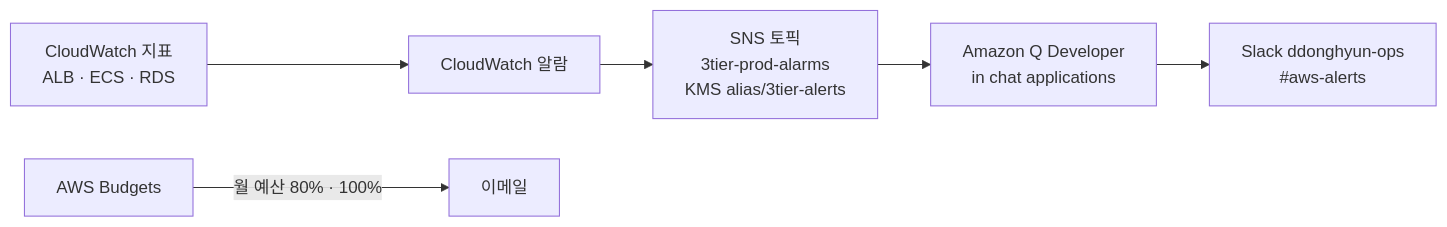
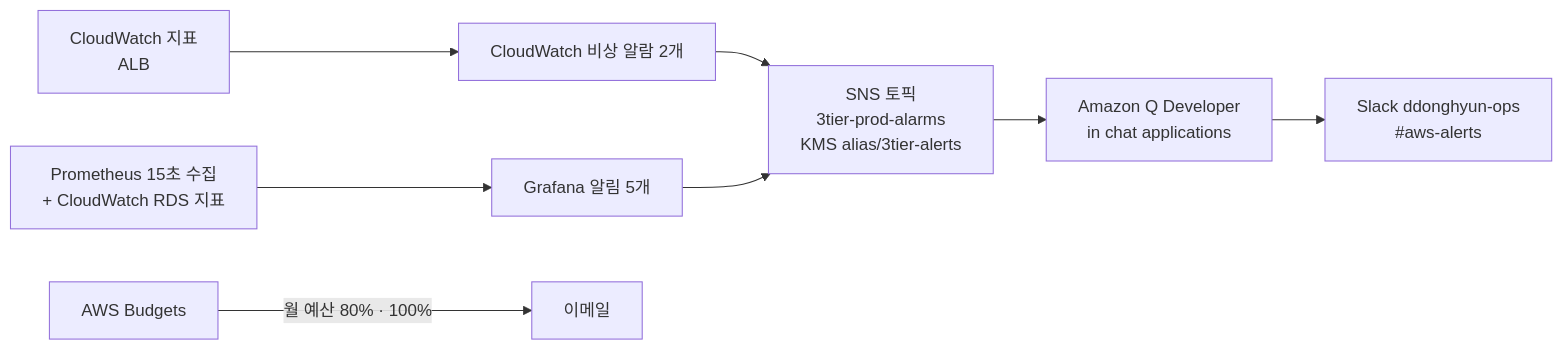
One commit to DDongHyun00/3-tier-terraform-ecs changed the fourth of 4 diagrams in docs/architecture.md. Above: the diagram before and after it, drawn with Mermaid. The commit also changed other lines of this file and 10 other files, not shown here.

First line of the commit message:
CloudWatch 알람 정리와 RDS 알림의 Grafana 이전 (#95) (#123)

````diff
--- a/docs/architecture.md
+++ b/docs/architecture.md
@@ -95,8 +95,10 @@
 ```mermaid
 flowchart LR
-    M[CloudWatch 지표<br/>ALB · ECS · RDS] --> AL[CloudWatch 알람]
-    AL --> SNS[SNS 토픽<br/>3tier-prod-alarms<br/>KMS alias/3tier-alerts]
+    M[CloudWatch 지표<br/>ALB] --> AL[CloudWatch 비상 알람 2개]
+    P[Prometheus 15초 수집<br/>+ CloudWatch RDS 지표] --> G[Grafana 알림 5개]
+    AL --> SNS
+    G --> SNS[SNS 토픽<br/>3tier-prod-alarms<br/>KMS alias/3tier-alerts]
     SNS --> Q[Amazon Q Developer<br/>in chat applications]
     Q --> SL[Slack ddonghyun-ops<br/>#aws-alerts]
     B[AWS Budgets] -->|월 예산 80% · 100%| MAIL[이메일]
 ```
````
